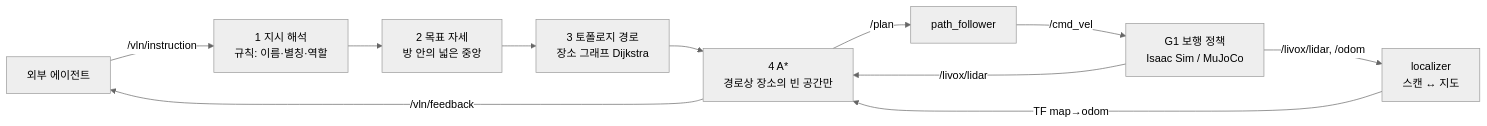
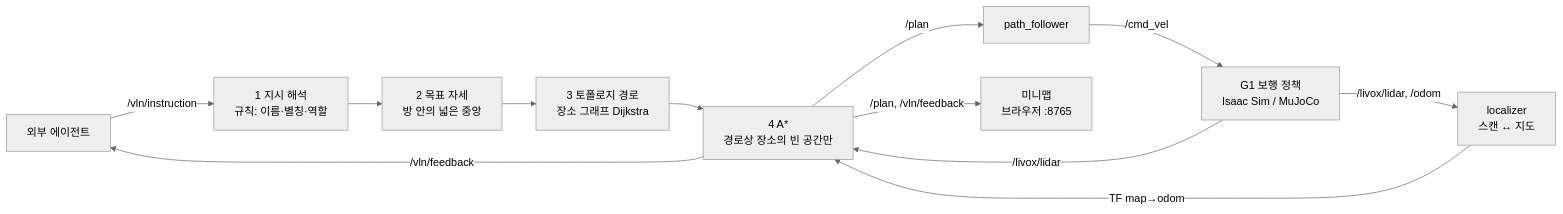
The diagram in naive-pp/README.md (alsgyu/G1-sim-Factory), drawn with Mermaid (neutral theme) before and after one commit. The commit also changed other lines of this file and 7 other files, not shown here.

````diff
--- a/naive-pp/README.md
+++ b/naive-pp/README.md
@@ -16,13 +16,14 @@
 ```mermaid
 flowchart LR
   EA[외부 에이전트] -- "/vln/instruction" --> G[1 지시 해석<br/>규칙: 이름·별칭·역할]
   G --> T[2 목표 자세<br/>방 안의 넓은 중앙]
   T --> R[3 토폴로지 경로<br/>장소 그래프 Dijkstra]
   R --> A[4 A*<br/>경로상 장소의 빈 공간만]
   A -- "/plan" --> PF[path_follower]
   PF -- "/cmd_vel" --> SIM[G1 보행 정책<br/>Isaac Sim / MuJoCo]
   SIM -- "/livox/lidar, /odom" --> LOC[localizer<br/>스캔 ↔ 지도]
   LOC -- "TF map→odom" --> A
   SIM -- "/livox/lidar" --> A
   A -- "/vln/feedback" --> EA
+  A -- "/plan, /vln/feedback" --> MM[미니맵<br/>브라우저 :8765]
 ```
````
